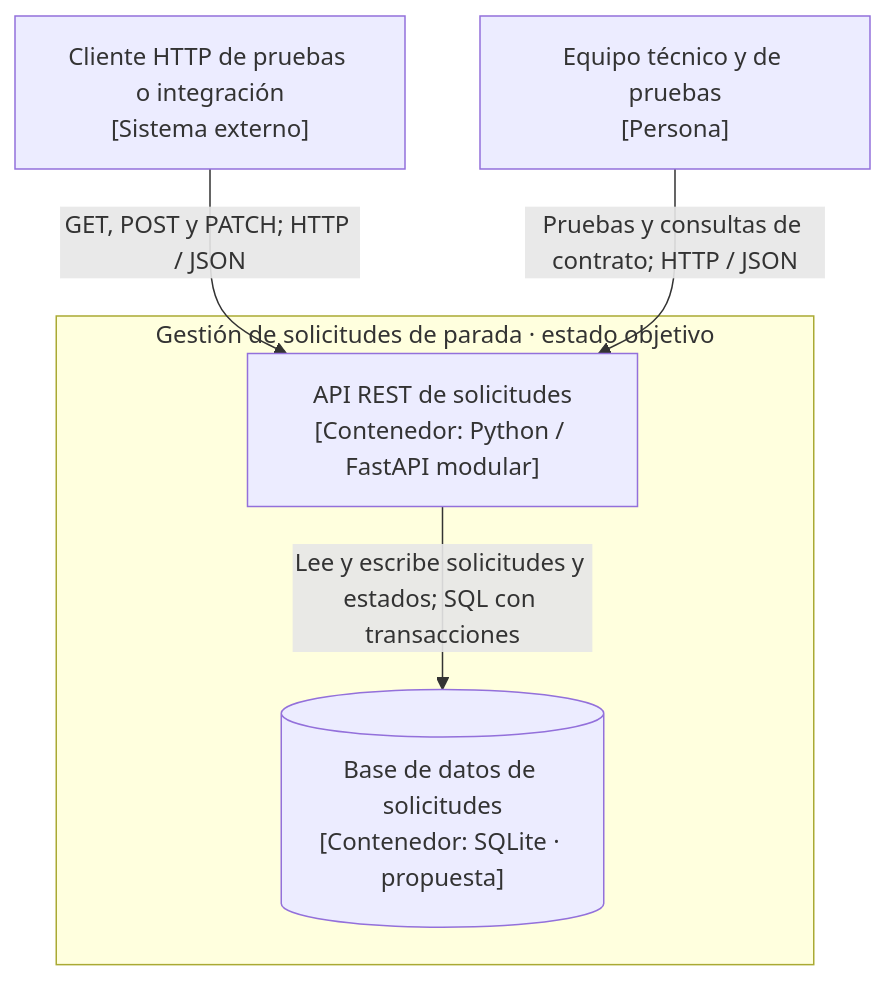
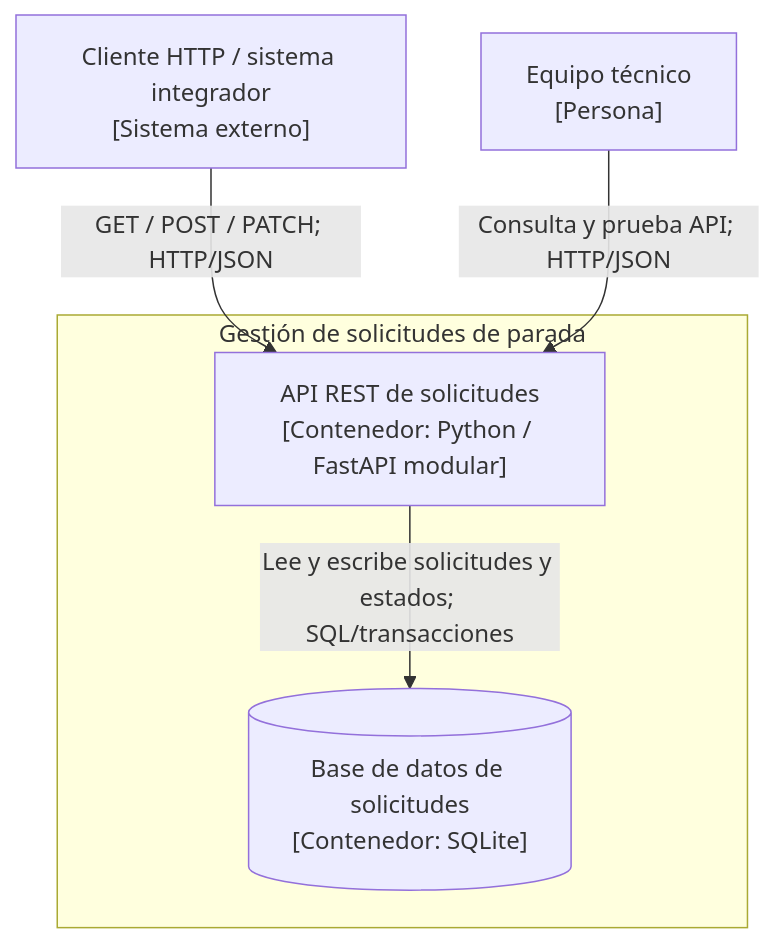
One commit to KleverLema/Paradas-inteligentes-M8 changed the diagram in docs/02-vistas-c4/c4-nivel2.md. Above: the diagram before and after it, drawn with Mermaid. The commit also changed other lines of this file and 10 other files, not shown here.

````diff
--- a/docs/02-vistas-c4/c4-nivel2.md
+++ b/docs/02-vistas-c4/c4-nivel2.md
@@ -17,14 +5,14 @@
 ```mermaid
 flowchart TB
-    cliente["Cliente HTTP de pruebas o integración<br/>[Sistema externo]"]
-    equipo["Equipo técnico y de pruebas<br/>[Persona]"]
+  cliente["Cliente HTTP / sistema integrador<br/>[Sistema externo]"]
+  desarrollador["Equipo técnico<br/>[Persona]"]
 
-    subgraph sistema["Gestión de solicitudes de parada · estado objetivo"]
-        api["API REST de solicitudes<br/>[Contenedor: Python / FastAPI modular]"]
-        bd[("Base de datos de solicitudes<br/>[Contenedor: SQLite · propuesta]")]
-        api -->|"Lee y escribe solicitudes y estados; SQL con transacciones"| bd
-    end
+  subgraph sistema["Gestión de solicitudes de parada"]
+    api["API REST de solicitudes<br/>[Contenedor: Python / FastAPI modular]"]
+    datos[("Base de datos de solicitudes<br/>[Contenedor: SQLite]")]
+    api -->|"Lee y escribe solicitudes y estados; SQL/transacciones"| datos
+  end
 
-    cliente -->|"GET, POST y PATCH; HTTP / JSON"| api
-    equipo -->|"Pruebas y consultas de contrato; HTTP / JSON"| api
+  cliente -->|"GET / POST / PATCH; HTTP/JSON"| api
+  desarrollador -->|"Consulta y prueba API; HTTP/JSON"| api
 ```
````
